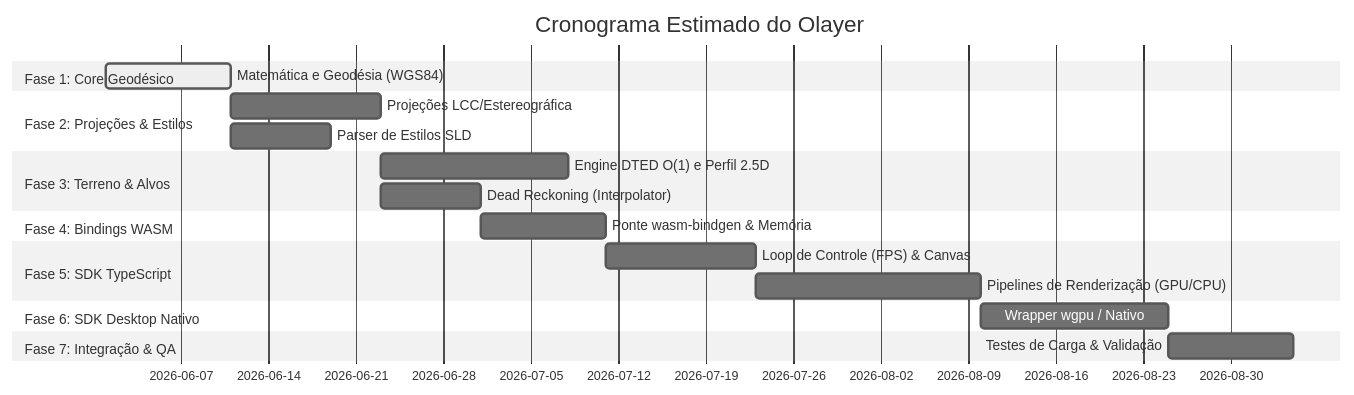
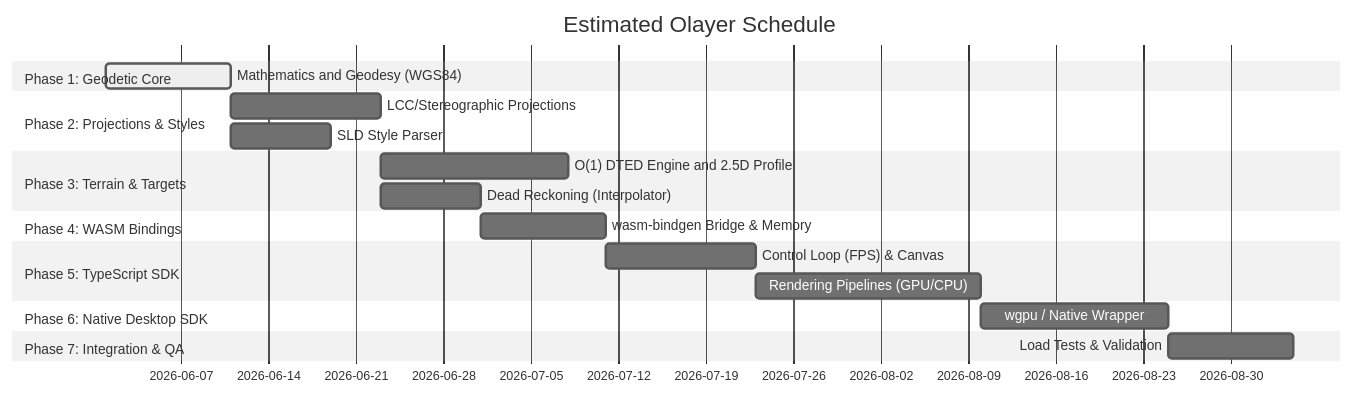
Before and after one commit to rodoni/olayer: the diagram in docs/plan.md, drawn with Mermaid (neutral theme). The commit also changed other lines of this file and 29 other files, not shown here.

Commit message:
fix docs language and sdk/native

````diff
--- a/docs/plan.md
+++ b/docs/plan.md
@@ -10,22 +10,22 @@
 ```mermaid
 gantt
-    title Cronograma Estimado do Olayer
+    title Estimated Olayer Schedule
     dateFormat  YYYY-MM-DD
-    section Fase 1: Core Geodésico
-    Matemática e Geodésia (WGS84)   :active, des1, 2026-06-01, 10d
-    section Fase 2: Projeções & Estilos
-    Projeções LCC/Estereográfica     : des2, after des1, 12d
-    Parser de Estilos SLD            : des3, after des1, 8d
-    section Fase 3: Terreno & Alvos
-    Engine DTED O(1) e Perfil 2.5D   : des4, after des2, 15d
+    section Phase 1: Geodetic Core
+    Mathematics and Geodesy (WGS84)   :active, des1, 2026-06-01, 10d
+    section Phase 2: Projections & Styles
+    LCC/Stereographic Projections     : des2, after des1, 12d
+    SLD Style Parser            : des3, after des1, 8d
+    section Phase 3: Terrain & Targets
+    O(1) DTED Engine and 2.5D Profile   : des4, after des2, 15d
     Dead Reckoning (Interpolator)    : des5, after des2, 8d
-    section Fase 4: Bindings WASM
-    Ponte wasm-bindgen & Memória     : des6, after des5, 10d
-    section Fase 5: SDK TypeScript
-    Loop de Controle (FPS) & Canvas  : des7, after des6, 12d
-    Pipelines de Renderização (GPU/CPU): des8, after des7, 18d
-    section Fase 6: SDK Desktop Nativo
-    Wrapper wgpu / Nativo            : des9, after des8, 15d
-    section Fase 7: Integração & QA
-    Testes de Carga & Validação      : des10, after des9, 10d
+    section Phase 4: WASM Bindings
+    wasm-bindgen Bridge & Memory     : des6, after des5, 10d
+    section Phase 5: TypeScript SDK
+    Control Loop (FPS) & Canvas  : des7, after des6, 12d
+    Rendering Pipelines (GPU/CPU): des8, after des7, 18d
+    section Phase 6: Native Desktop SDK
+    wgpu / Native Wrapper            : des9, after des8, 15d
+    section Phase 7: Integration & QA
+    Load Tests & Validation      : des10, after des9, 10d
 ```
````
